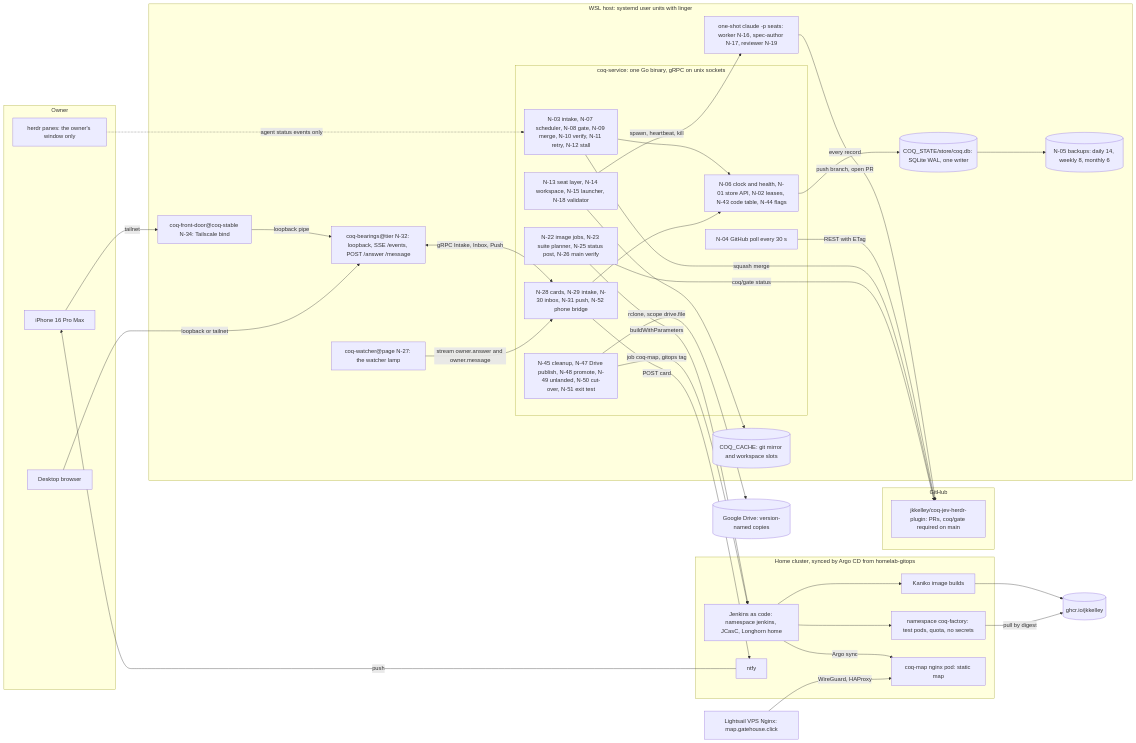
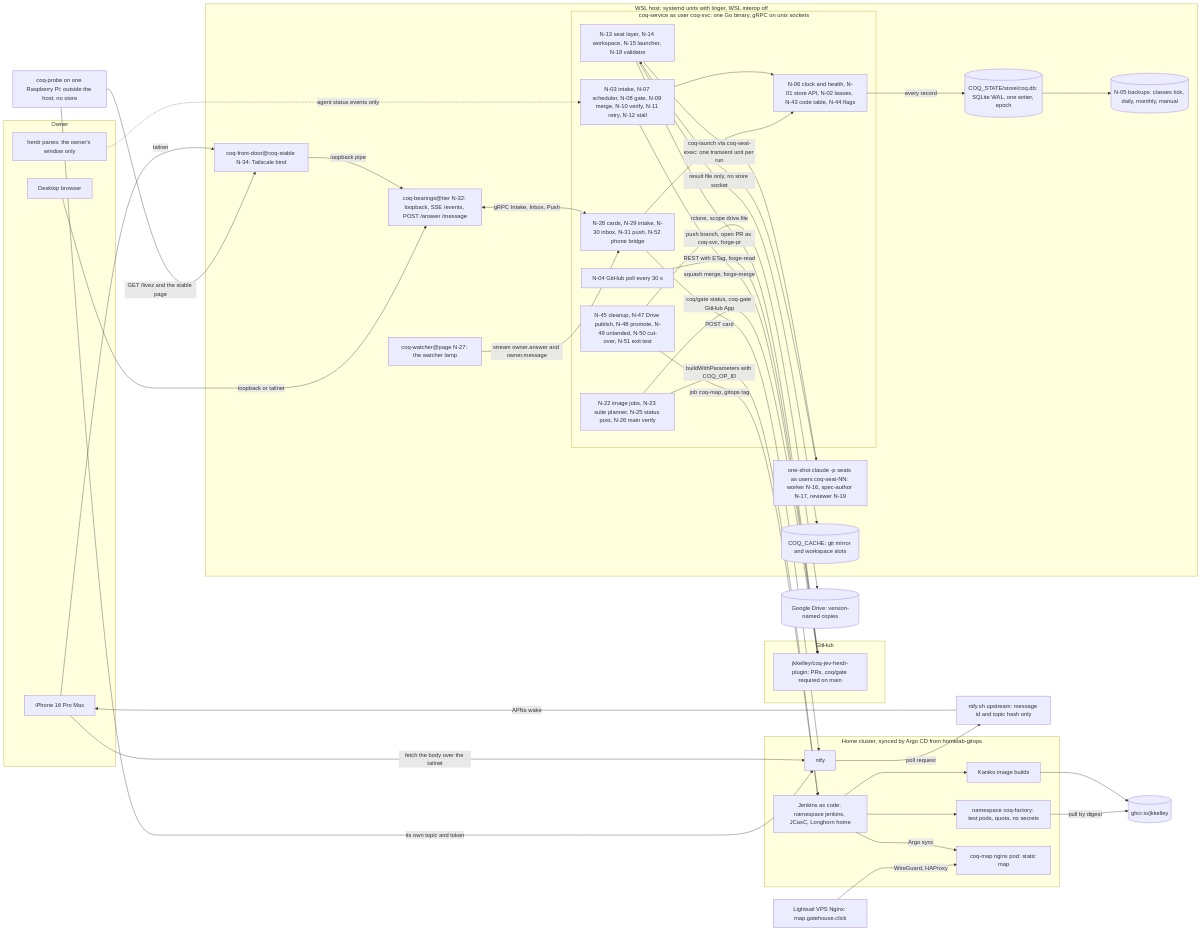
One commit to jkkelley/coq-jev-herdr-plugin changed the first of 14 diagrams in rebuild/design/DESIGN.md. Above: the diagram before and after it, drawn with Mermaid. The commit also changed other lines of this file and 85 other files, not shown here.

````diff
--- a/rebuild/design/DESIGN.md
+++ b/rebuild/design/DESIGN.md
@@ -133,67 +164,74 @@
 ```mermaid
 flowchart LR
   subgraph OWN["Owner"]
     PH["iPhone 16 Pro Max"]
     DT["Desktop browser"]
     HW["herdr panes: the owner's window only"]
   end
-  subgraph HOST["WSL host: systemd user units with linger"]
+  subgraph HOST["WSL host: systemd units with linger, WSL interop off"]
     FD["coq-front-door@coq-stable N-34: Tailscale bind"]
     PG["coq-bearings@tier N-32: loopback, SSE /events, POST /answer /message"]
     WT["coq-watcher@page N-27: the watcher lamp"]
-    subgraph SVC["coq-service: one Go binary, gRPC on unix sockets"]
+    subgraph SVC["coq-service as user coq-svc: one Go binary, gRPC on unix sockets"]
       CORE["N-06 clock and health, N-01 store API, N-02 leases, N-43 code table, N-44 flags"]
       LINE["N-03 intake, N-07 scheduler, N-08 gate, N-09 merge, N-10 verify, N-11 retry, N-12 stall"]
       SEATL["N-13 seat layer, N-14 workspace, N-15 launcher, N-18 validator"]
       CIQ["N-22 image jobs, N-23 suite planner, N-25 status post, N-26 main verify"]
       OWNS["N-28 cards, N-29 intake, N-30 inbox, N-31 push, N-52 phone bridge"]
       GOV["N-45 cleanup, N-47 Drive publish, N-48 promote, N-49 unlanded, N-50 cut-over, N-51 exit test"]
       POLL["N-04 GitHub poll every 30 s"]
     end
-    DB[("COQ_STATE/store/coq.db: SQLite WAL, one writer")]
-    BK[("N-05 backups: daily 14, weekly 8, monthly 6")]
-    SEATS["one-shot claude -p seats: worker N-16, spec-author N-17, reviewer N-19"]
+    DB[("COQ_STATE/store/coq.db: SQLite WAL, one writer, epoch")]
+    BK[("N-05 backups: classes tick, daily, monthly, manual")]
+    SEATS["one-shot claude -p seats as users coq-seat-NN: worker N-16, spec-author N-17, reviewer N-19"]
     WS[("COQ_CACHE: git mirror and workspace slots")]
   end
+  PROBE["coq-probe on one Raspberry Pi: outside the host, no store"]
+  UP["ntfy.sh upstream: message id and topic hash only"]
   subgraph GHB["GitHub"]
     REPO["jkkelley/coq-jev-herdr-plugin: PRs, coq/gate required on main"]
   end
   subgraph K8S["Home cluster, synced by Argo CD from homelab-gitops"]
     JK["Jenkins as code: namespace jenkins, JCasC, Longhorn home"]
     POD["namespace coq-factory: test pods, quota, no secrets"]
     KAN["Kaniko image builds"]
     MAPP["coq-map nginx pod: static map"]
     NTFY["ntfy"]
   end
   GHCR[("ghcr.io/jkkelley")]
   LS["Lightsail VPS Nginx: map.gatehouse.click"]
   GD[("Google Drive: version-named copies")]
 
   PH -->|"tailnet"| FD
   FD -->|"loopback pipe"| PG
   DT -->|"loopback or tailnet"| PG
   PG <-->|"gRPC Intake, Inbox, Push"| OWNS
   WT -->|"stream owner.answer and owner.message"| OWNS
   CORE -->|"every record"| DB
   DB --> BK
   LINE --> CORE
   OWNS --> CORE
-  SEATL -->|"spawn, heartbeat, kill"| SEATS
+  SEATL -->|"coq-launch via coq-seat-exec: one transient unit per run"| SEATS
+  SEATS -->|"result file only, no store socket"| SEATL
   SEATL --> WS
-  SEATS -->|"push branch, open PR"| REPO
-  POLL -->|"REST with ETag"| REPO
-  LINE -->|"squash merge"| REPO
-  CIQ -->|"buildWithParameters"| JK
-  CIQ -->|"coq/gate status"| REPO
+  SEATL -->|"push branch, open PR as coq-svc, forge-pr"| REPO
+  POLL -->|"REST with ETag, forge-read"| REPO
+  LINE -->|"squash merge, forge-merge"| REPO
+  CIQ -->|"buildWithParameters with COQ_OP_ID"| JK
+  CIQ -->|"coq/gate status, coq-gate GitHub App"| REPO
   JK --> POD
   JK --> KAN
   KAN --> GHCR
   POD -->|"pull by digest"| GHCR
   GOV -->|"rclone, scope drive.file"| GD
   GOV -->|"job coq-map, gitops tag"| JK
   JK -->|"Argo sync"| MAPP
   LS -->|"WireGuard, HAProxy"| MAPP
   OWNS -->|"POST card"| NTFY
-  NTFY -->|"push"| PH
+  NTFY -->|"poll request"| UP
+  UP -->|"APNs wake"| PH
+  PH -->|"fetch the body over the tailnet"| NTFY
+  PROBE -->|"GET /livez and the stable page"| FD
+  PROBE -->|"its own topic and token"| NTFY
   HW -.->|"agent status events only"| LINE
 ```
````
